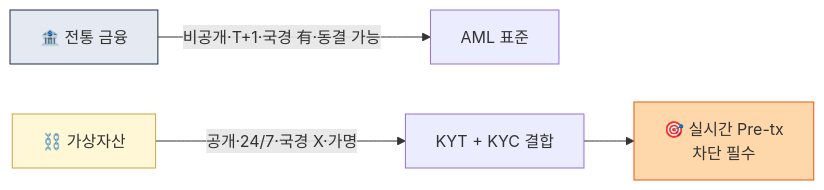
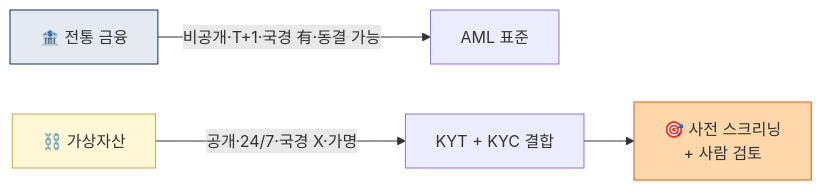
The first of 2 diagrams in curriculum/day_02.md (lala-david/aml-notes), drawn with Mermaid before and after one commit. The commit also changed other lines of this file and 233 other files, not shown here.

````diff
--- a/curriculum/day_02.md
+++ b/curriculum/day_02.md
@@ -13,9 +13,9 @@
 ```mermaid
 flowchart LR
     T["🏦 전통 금융"] -->|비공개·T+1·국경 有·동결 가능| V1["AML 표준"]
     C["⛓️ 가상자산"] -->|공개·24/7·국경 X·가명| V2["KYT + KYC 결합"]
-    V2 --> P["🎯 실시간 Pre-tx<br/>차단 필수"]
+    V2 --> P["🎯 사전 스크리닝<br/>+ 사람 검토"]
     style T fill:#e5eaf2,stroke:#1a2e4a
     style C fill:#fff7d6,stroke:#c9a646
     style P fill:#fed7aa,stroke:#ea580c
 ```
````
